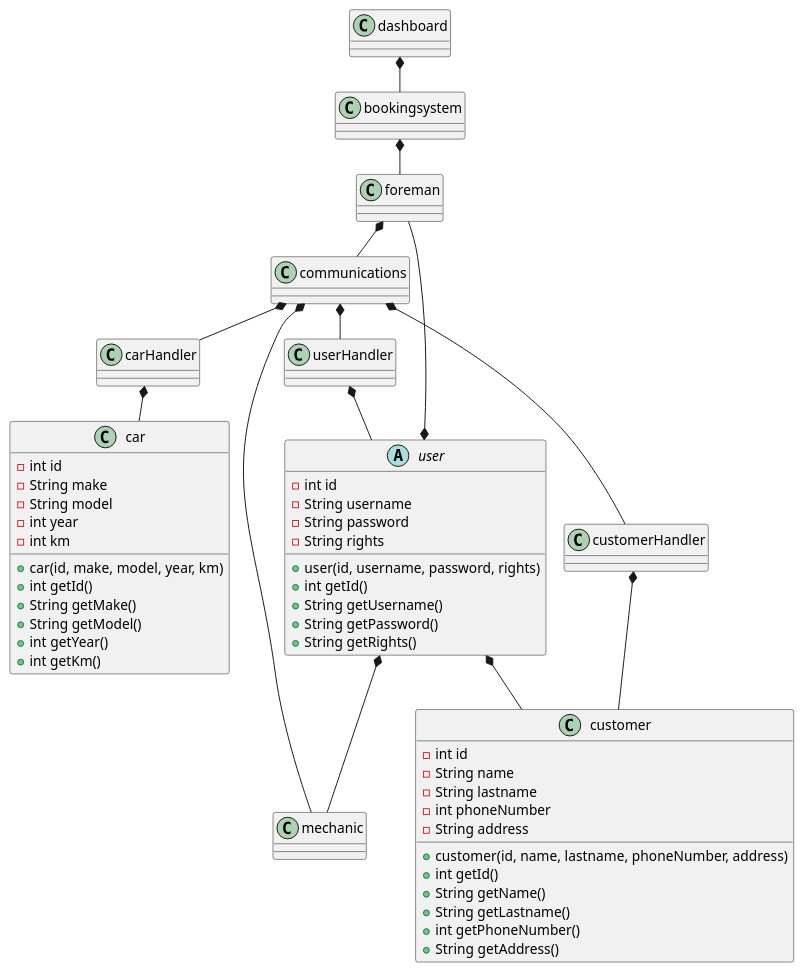
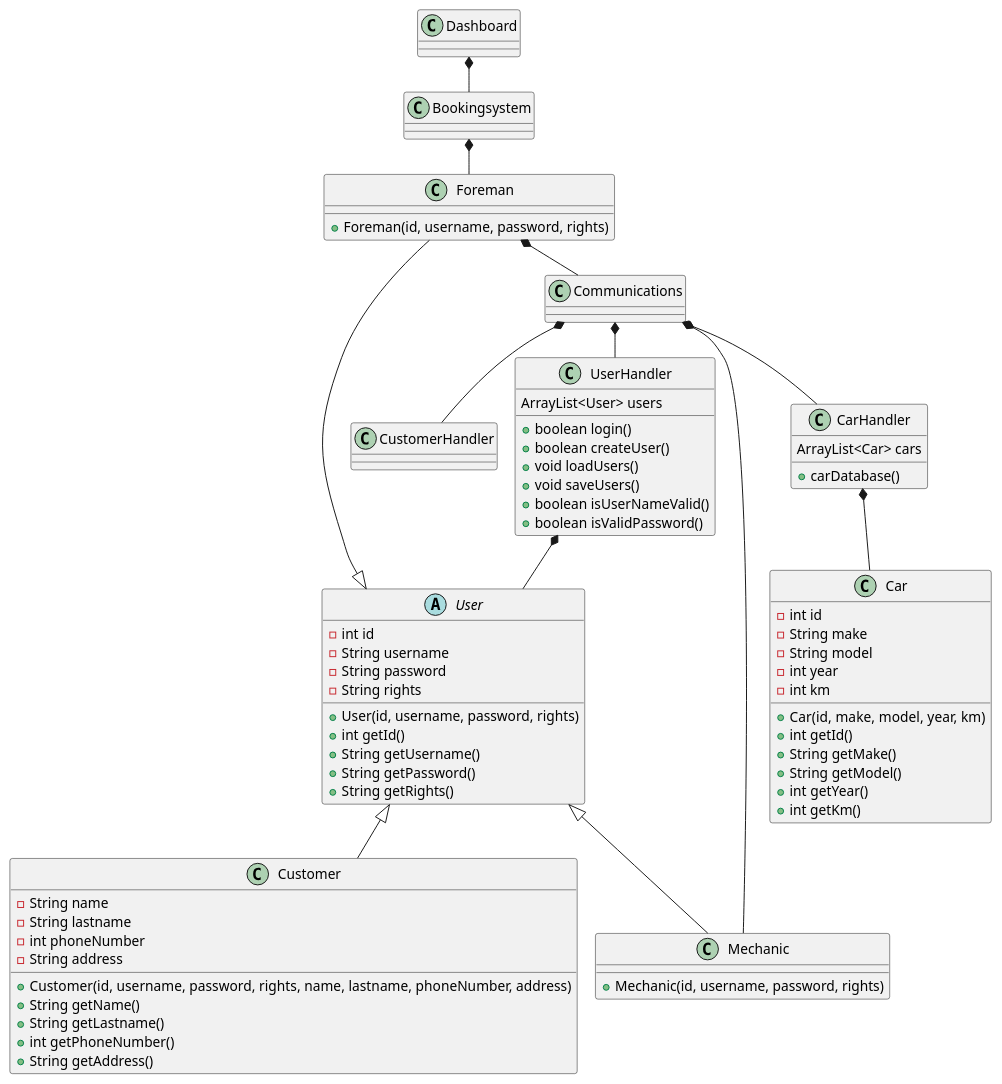
Before and after one commit to CarolineLykke/Ice-project: the diagram in doc/classDiagram.puml, drawn with PlantUML.

Commit message:
klassediagram

```diff
--- a/doc/classDiagram.puml
+++ b/doc/classDiagram.puml
@@ -1,66 +1,81 @@
 @startuml
 'https://plantuml.com/class-diagram
 !pragma layout smetana
 
-class dashboard
-class carHandler
-class customerHandler
-class userHandler
-abstract user
-class mechanic
-class foreman
-class bookingsystem
-class communications
-class car
-class customer
+class Dashboard
+class CarHandler
+class CustomerHandler
+class UserHandler
+abstract User
+class Mechanic
+class Foreman
+class Bookingsystem
+class Communications
+class Car
+class Customer
 
-car : - int id
-car : - String make
-car : - String model
-car : - int year
-car : - int km
-car : + car(id, make, model, year, km)
-car : + int getId()
-car : + String getMake()
-car : + String getModel()
-car : + int getYear()
-car : + int getKm()
+Car : - int id
+Car : - String make
+Car : - String model
+Car : - int year
+Car : - int km
+Car : + Car(id, make, model, year, km)
+Car : + int getId()
+Car : + String getMake()
+Car : + String getModel()
+Car : + int getYear()
+Car : + int getKm()
 
-customer : - int id
-customer : - String name
-customer : - String lastname
-customer : - int phoneNumber
-customer : - String address
-customer : + customer(id, name, lastname, phoneNumber, address)
-customer : + int getId()
-customer : + String getName()
-customer : + String getLastname()
-customer : + int getPhoneNumber()
-customer : + String getAddress()
 
-user : - int id
-user : - String username
-user : - String password
-user : - String rights
-user : + user(id, username, password, rights)
-user : + int getId()
-user : + String getUsername()
-user : + String getPassword()
-user : + String getRights()
+Customer : - String name
+Customer : - String lastname
+Customer : - int phoneNumber
+Customer : - String address
+Customer : + Customer(id, username, password, rights, name, lastname, phoneNumber, address)
+Customer : + String getName()
+Customer : + String getLastname()
+Customer : + int getPhoneNumber()
+Customer : + String getAddress()
 
-dashboard *-- bookingsystem
-bookingsystem *-- foreman
-foreman *-- communications
-communications *-- mechanic
+User : - int id
+User : - String username
+User : - String password
+User : - String rights
+User : + User(id, username, password, rights)
+User : + int getId()
+User : + String getUsername()
+User : + String getPassword()
+User : + String getRights()
 
-customerHandler *-- customer
-carHandler *-- car
-communications *-- carHandler
-communications *-- customerHandler
-communications *-- userHandler
-user *-- customer
-user *-- foreman
-user *-- mechanic
-userHandler *-- user
+
+UserHandler : ArrayList<User> users
+UserHandler : + boolean login()
+UserHandler : + boolean createUser()
+UserHandler : + void loadUsers()
+UserHandler : + void saveUsers()
+UserHandler : + boolean isUserNameValid()
+UserHandler : + boolean isValidPassword()
+
+Mechanic : + Mechanic(id, username, password, rights)
+
+Foreman : + Foreman(id, username, password, rights)
+
+CarHandler : + carDatabase()
+CarHandler : ArrayList<Car> cars
+
+Dashboard *-- Bookingsystem
+Bookingsystem *-- Foreman
+Foreman *-- Communications
+Communications *-- Mechanic
+
+
+CarHandler *-- Car
+Communications *-- CarHandler
+Communications *-- CustomerHandler
+Communications *-- UserHandler
+User <|-- Customer
+User <|-- Foreman
+User <|-- Mechanic
+UserHandler *-- User
 
 @enduml
```
